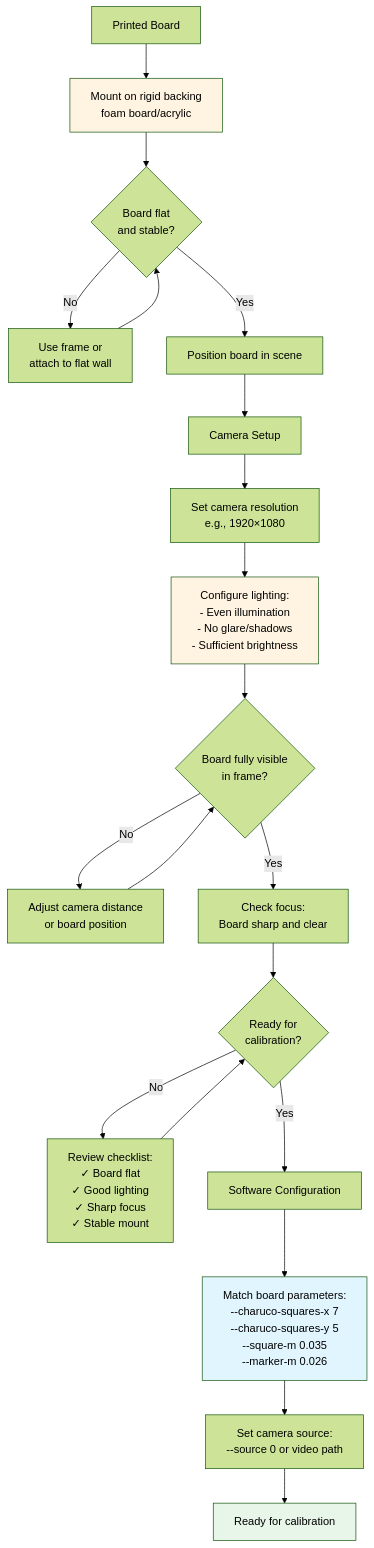
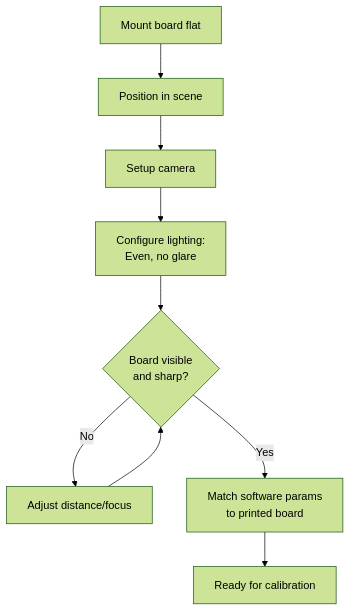
The second of 4 diagrams in tools/aruco/README.md (thamam/cam-shift-detector), drawn with Mermaid (forest theme) before and after one commit. The commit also changed other lines of this file and 87 other files, not shown here.

````diff
--- a/tools/aruco/README.md
+++ b/tools/aruco/README.md
@@ -135,31 +83,11 @@
 ```mermaid
 graph TB
-    A[Printed Board] --> B[Mount on rigid backing<br/>foam board/acrylic]
-    B --> C{Board flat<br/>and stable?}
-    C -->|No| D[Use frame or<br/>attach to flat wall]
-    D --> C
-    C -->|Yes| E[Position board in scene]
-
-    E --> F[Camera Setup]
-    F --> G[Set camera resolution<br/>e.g., 1920×1080]
-    G --> H[Configure lighting:<br/>- Even illumination<br/>- No glare/shadows<br/>- Sufficient brightness]
-
-    H --> I{Board fully visible<br/>in frame?}
-    I -->|No| J[Adjust camera distance<br/>or board position]
-    J --> I
-    I -->|Yes| K[Check focus:<br/>Board sharp and clear]
-
-    K --> L{Ready for<br/>calibration?}
-    L -->|No| M[Review checklist:<br/>✓ Board flat<br/>✓ Good lighting<br/>✓ Sharp focus<br/>✓ Stable mount]
-    M --> L
-    L -->|Yes| N[Software Configuration]
-
-    N --> O[Match board parameters:<br/>--charuco-squares-x 7<br/>--charuco-squares-y 5<br/>--square-m 0.035<br/>--marker-m 0.026]
-    O --> P[Set camera source:<br/>--source 0 or video path]
-    P --> Q[Ready for calibration]
-
-    style B fill:#fff4e1
-    style H fill:#fff4e1
-    style O fill:#e1f5ff
-    style Q fill:#e8f5e9
+    A[Mount board flat] --> B[Position in scene]
+    B --> C[Setup camera]
+    C --> D[Configure lighting:<br/>Even, no glare]
+    D --> E{Board visible<br/>and sharp?}
+    E -->|No| F[Adjust distance/focus]
+    F --> E
+    E -->|Yes| G[Match software params<br/>to printed board]
+    G --> H[Ready for calibration]
 ```
````
